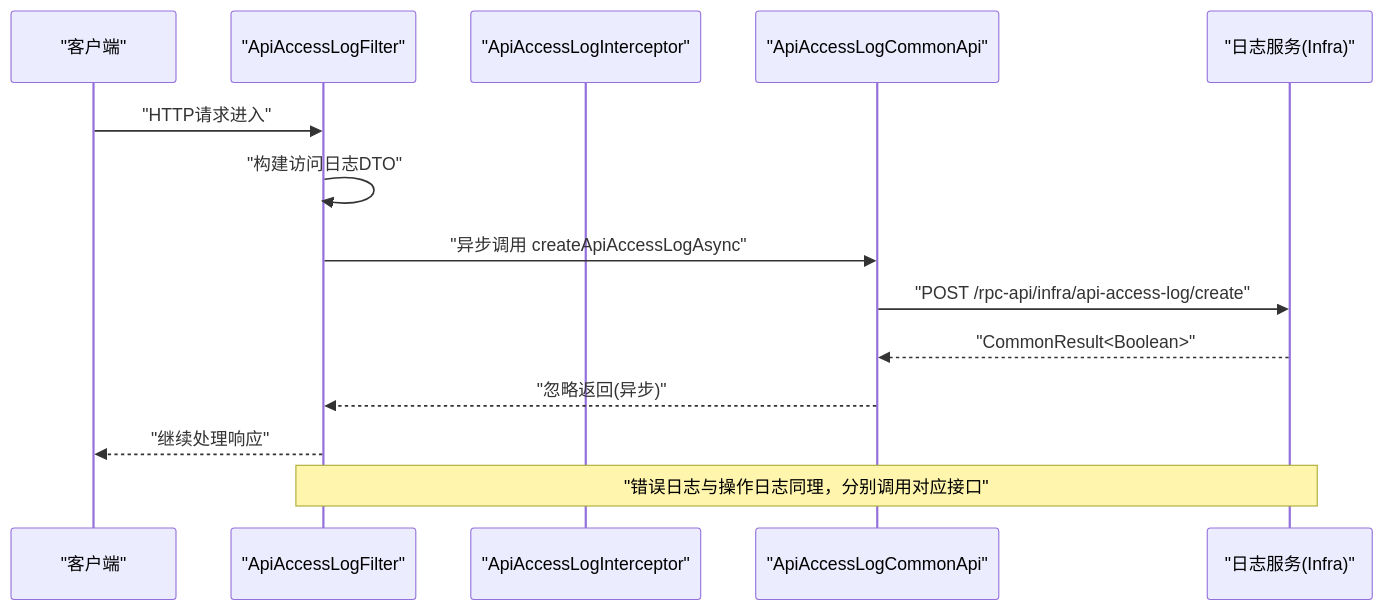
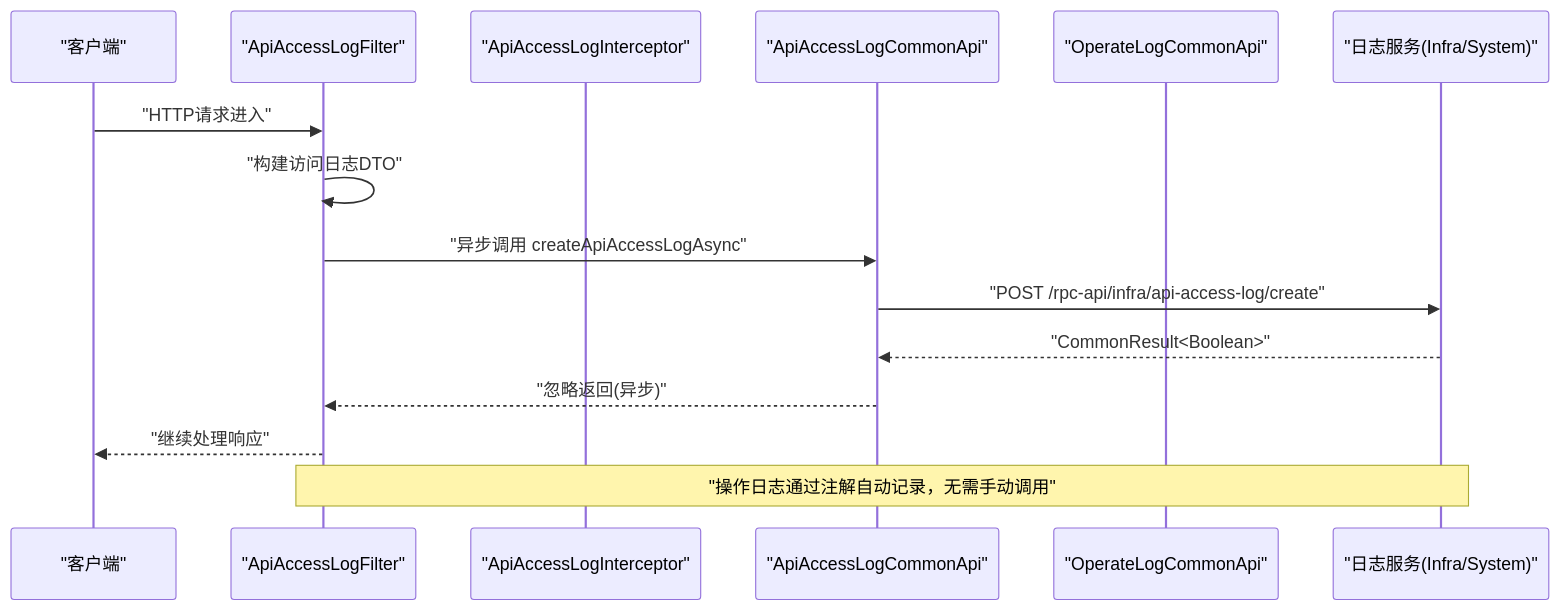
Before and after one commit to guanglei93/pandora-cloud: the second of 7 diagrams in .qoder/repowiki/zh/content/API参考/日志记录API.md, drawn with Mermaid. The commit also changed other lines of this file and 32 other files, not shown here.

````diff
--- a/.qoder/repowiki/zh/content/API参考/日志记录API.md
+++ b/.qoder/repowiki/zh/content/API参考/日志记录API.md
@@ -148,16 +153,17 @@
 ```mermaid
 sequenceDiagram
 participant Client as "客户端"
 participant Filter as "ApiAccessLogFilter"
 participant Interceptor as "ApiAccessLogInterceptor"
 participant Feign as "ApiAccessLogCommonApi"
-participant Service as "日志服务(Infra)"
+participant OperateFeign as "OperateLogCommonApi"
+participant Service as "日志服务(Infra/System)"
 Client->>Filter : "HTTP请求进入"
 Filter->>Filter : "构建访问日志DTO"
 Filter->>Feign : "异步调用 createApiAccessLogAsync"
 Feign->>Service : "POST /rpc-api/infra/api-access-log/create"
 Service-->>Feign : "CommonResult<Boolean>"
 Feign-->>Filter : "忽略返回(异步)"
 Filter-->>Client : "继续处理响应"
-Note over Filter,Service : "错误日志与操作日志同理，分别调用对应接口"
+Note over Filter,Service : "操作日志通过注解自动记录，无需手动调用"
 ```
````
